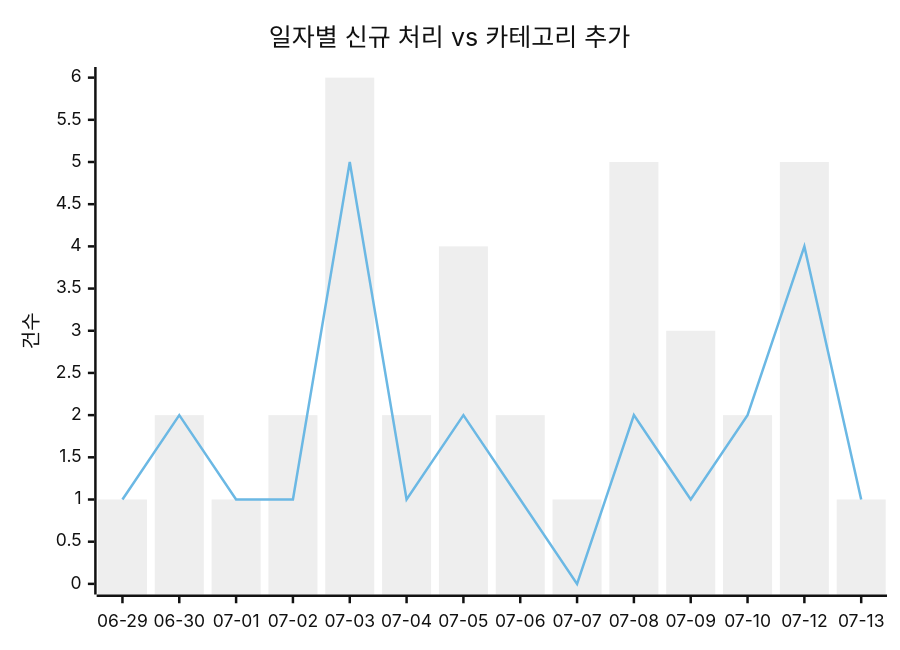
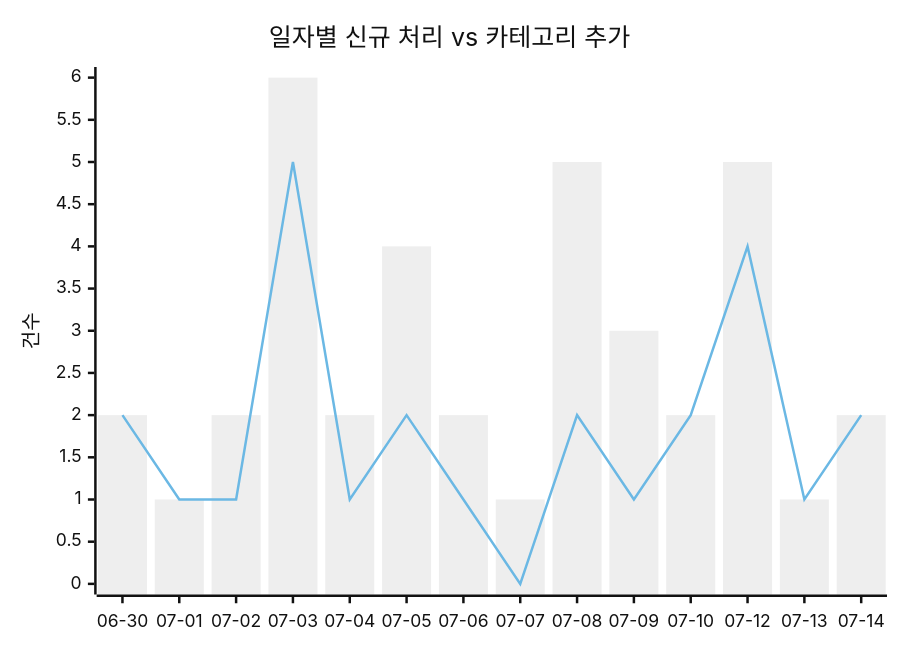
Before and after one commit to J-nowcow/awesome-korean-agent-skills: the first of 2 diagrams in docs/trends.md, drawn with Mermaid (neutral theme). The commit also changed other lines of this file and 5 other files, not shown here.

````diff
--- a/docs/trends.md
+++ b/docs/trends.md
@@ -32,8 +32,8 @@
 ```mermaid
 xychart-beta
     title "일자별 신규 처리 vs 카테고리 추가"
-    x-axis ["06-29","06-30","07-01","07-02","07-03","07-04","07-05","07-06","07-07","07-08","07-09","07-10","07-12","07-13"]
+    x-axis ["06-30","07-01","07-02","07-03","07-04","07-05","07-06","07-07","07-08","07-09","07-10","07-12","07-13","07-14"]
     y-axis "건수"
-    bar [1,2,1,2,6,2,4,2,1,5,3,2,5,1]
-    line [1,2,1,1,5,1,2,1,0,2,1,2,4,1]
+    bar [2,1,2,6,2,4,2,1,5,3,2,5,1,2]
+    line [2,1,1,5,1,2,1,0,2,1,2,4,1,2]
 ```
````
